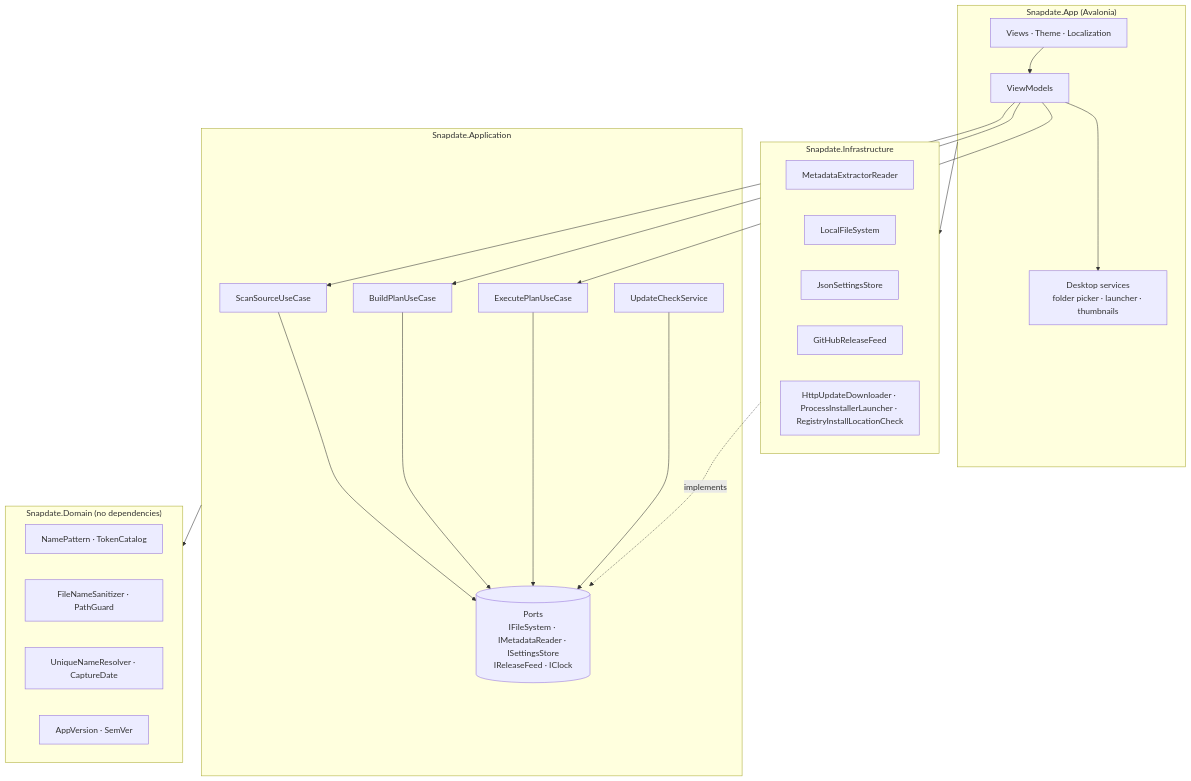
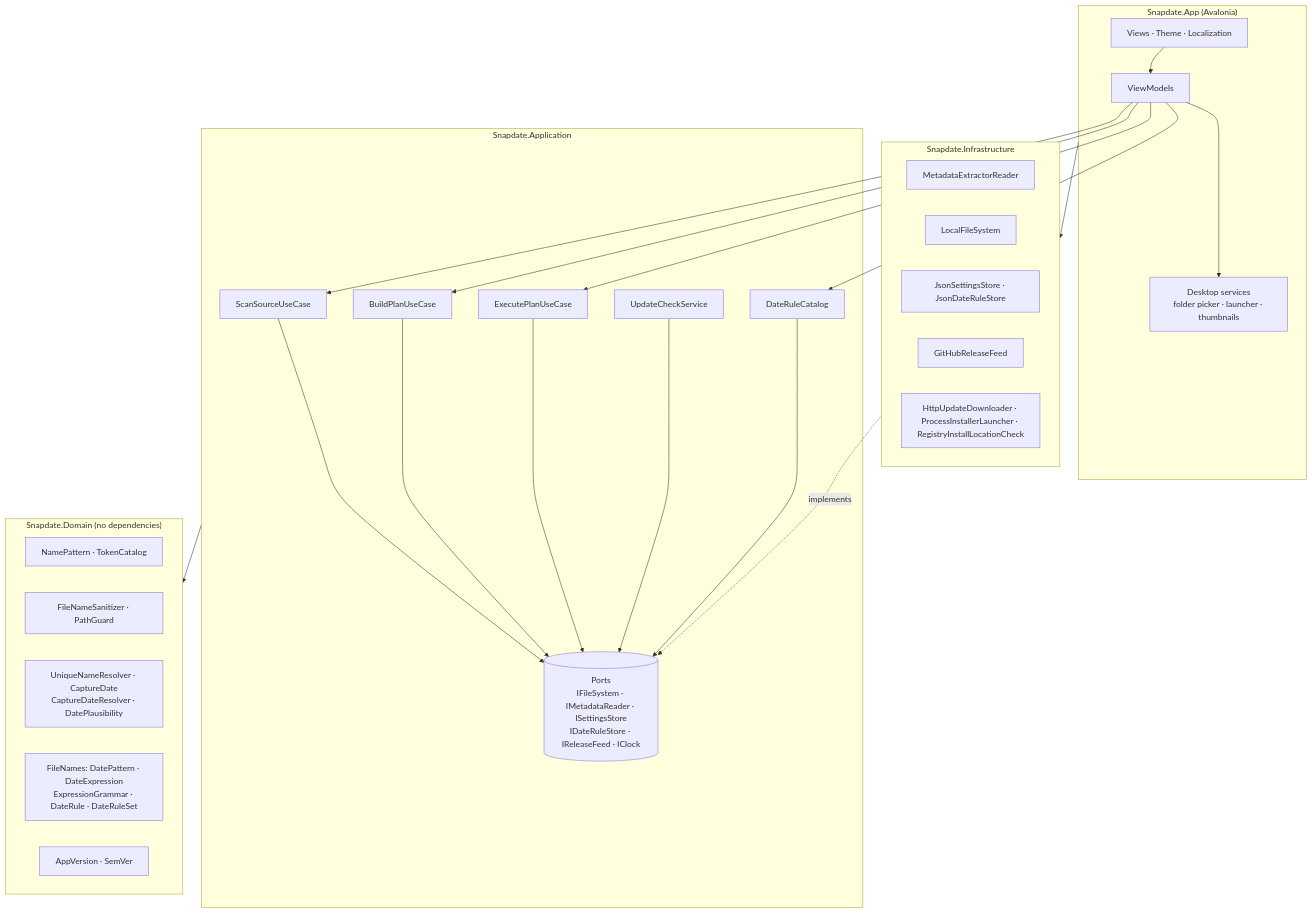
Before and after one commit to jannikjordan/snapdate: the first of 2 diagrams in docs/architecture.md, drawn with Mermaid. The commit also changed other lines of this file and 6 other files, not shown here.

First line of the commit message:
docs: document dates from file names in guides, architecture and security

````diff
--- a/docs/architecture.md
+++ b/docs/architecture.md
@@ -7,30 +7,32 @@
 ```mermaid
 flowchart TB
     subgraph App["Snapdate.App (Avalonia)"]
         V[Views · Theme · Localization] --> VM[ViewModels]
         VM --> S[Desktop services<br/>folder picker · launcher · thumbnails]
     end
     subgraph Application["Snapdate.Application"]
-        UC1[ScanSourceUseCase] --> P[(Ports<br/>IFileSystem · IMetadataReader · ISettingsStore<br/>IReleaseFeed · IClock)]
+        UC1[ScanSourceUseCase] --> P[(Ports<br/>IFileSystem · IMetadataReader · ISettingsStore<br/>IDateRuleStore · IReleaseFeed · IClock)]
         UC2[BuildPlanUseCase] --> P
         UC3[ExecutePlanUseCase] --> P
         UC4[UpdateCheckService] --> P
+        UC5[DateRuleCatalog] --> P
     end
     subgraph Domain["Snapdate.Domain (no dependencies)"]
         D1[NamePattern · TokenCatalog]
         D2[FileNameSanitizer · PathGuard]
-        D3[UniqueNameResolver · CaptureDate]
+        D3[UniqueNameResolver · CaptureDate<br/>CaptureDateResolver · DatePlausibility]
+        D5["FileNames: DatePattern · DateExpression<br/>ExpressionGrammar · DateRule · DateRuleSet"]
         D4[AppVersion · SemVer]
     end
     subgraph Infra["Snapdate.Infrastructure"]
         I1[MetadataExtractorReader]
         I2[LocalFileSystem]
-        I3[JsonSettingsStore]
+        I3[JsonSettingsStore · JsonDateRuleStore]
         I4[GitHubReleaseFeed]
         I5[HttpUpdateDownloader · ProcessInstallerLauncher · RegistryInstallLocationCheck]
     end
-    VM --> UC1 & UC2 & UC3
+    VM --> UC1 & UC2 & UC3 & UC5
     Application --> Domain
     Infra -. implements .-> P
     App --> Infra
 ```
````
